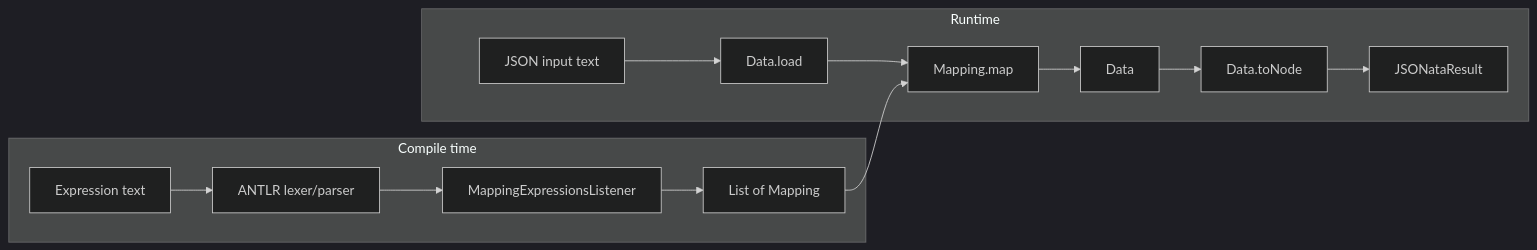
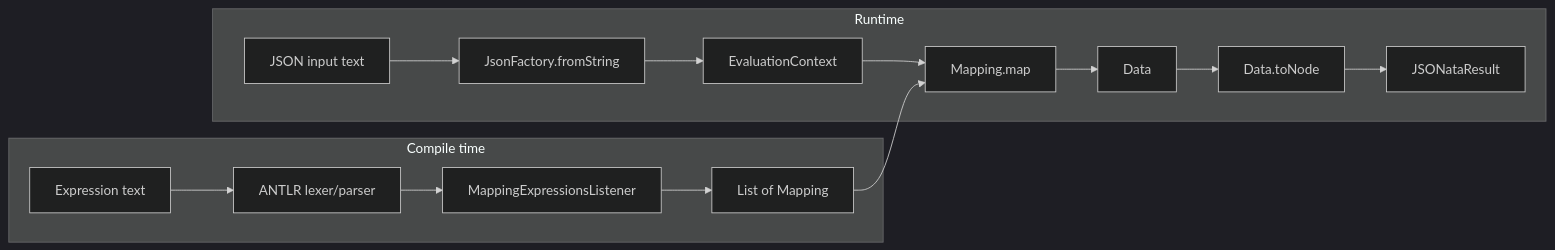
One commit to vepo/jsonata.java changed the diagram in ARCHITECTURE.md. Above: the diagram before and after it, drawn with Mermaid (dark theme). The commit also changed other lines of this file and 23 other files, not shown here.

Commit message:
Implement DataInspector interface and associated classes for mutable and immutable data handling; integrate into EvaluationEnvironment and JSONata for enhanced data manipulation capabilities. Add unit tests for inspector functionality and ensure proper context management during evaluations.

````diff
--- a/ARCHITECTURE.md
+++ b/ARCHITECTURE.md
@@ -28,18 +31,19 @@
 ```mermaid
 flowchart LR
     subgraph compile [Compile time]
         A[Expression text] --> B[ANTLR lexer/parser]
         B --> C[MappingExpressionsListener]
         C --> D[List of Mapping]
     end
 
     subgraph runtime [Runtime]
-        E[JSON input text] --> F[Data.load]
-        F --> G[Mapping.map]
+        E[JSON input text] --> F[JsonFactory.fromString]
+        F --> EC[EvaluationContext]
+        EC --> G[Mapping.map]
         G --> H[Data]
         H --> I[Data.toNode]
         I --> J[JSONataResult]
     end
 
     D --> G
 ```
````
